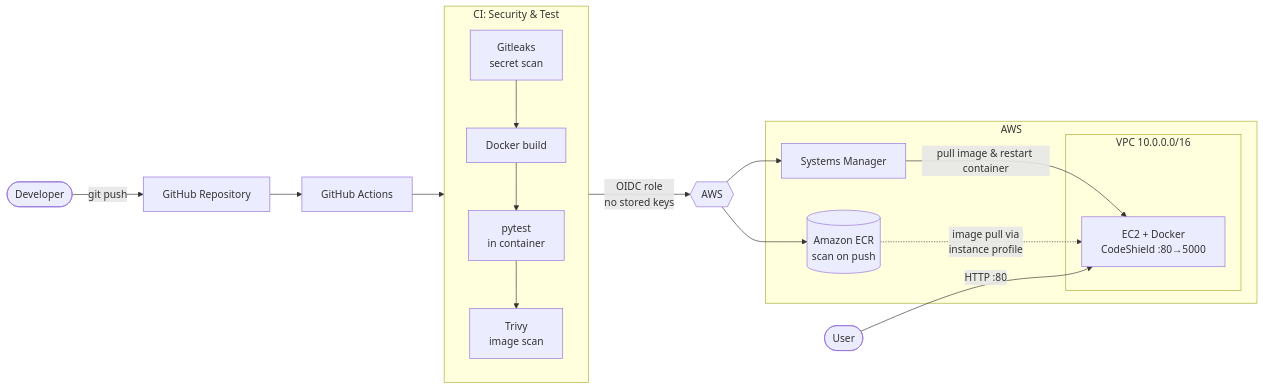
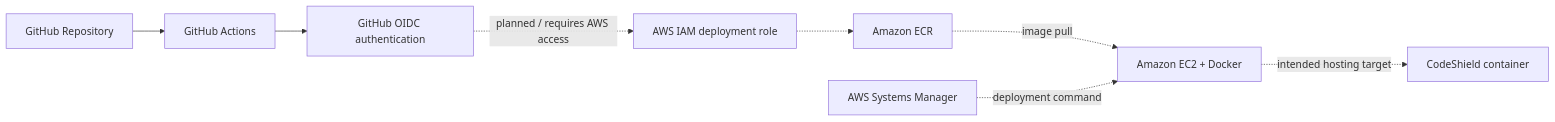
The second of 2 diagrams in README.md (arunava-12/CodeShield), drawn with Mermaid before and after one commit. The commit also changed other lines of this file and 3 other files, not shown here.

Commit message:
Add quick start guide for CodeShield in run.txt

````diff
--- a/README.md
+++ b/README.md
@@ -48,29 +92,10 @@
 ```mermaid
 flowchart LR
-    Dev([Developer]) -->|git push| GH[GitHub Repository]
-    GH --> GHA[GitHub Actions]
-
-    subgraph CI [CI: Security & Test]
-        direction TB
-        S1[Gitleaks<br/>secret scan] --> S2[Docker build]
-        S2 --> S3[pytest<br/>in container]
-        S3 --> S4[Trivy<br/>image scan]
-    end
-
-    GHA --> CI
-    CI -->|OIDC role<br/>no stored keys| AWS{{AWS}}
-
-    subgraph AWS_ [AWS]
-        ECR[(Amazon ECR<br/>scan on push)]
-        SSM[Systems Manager]
-        subgraph VPC [VPC 10.0.0.0/16]
-            EC2[EC2 + Docker<br/>CodeShield :80→5000]
-        end
-    end
-
-    AWS --> ECR
-    AWS --> SSM
-    SSM -->|pull image & restart container| EC2
-    ECR -.->|image pull via<br/>instance profile| EC2
-    User([User]) -->|HTTP :80| EC2
+    Repo[GitHub Repository] --> GHA[GitHub Actions]
+    GHA --> OIDC[GitHub OIDC authentication]
+    OIDC -. planned / requires AWS access .-> IAM[AWS IAM deployment role]
+    IAM -.-> ECR[Amazon ECR]
+    ECR -. image pull .-> EC2[Amazon EC2 + Docker]
+    SSM[AWS Systems Manager] -. deployment command .-> EC2
+    EC2 -. intended hosting target .-> App[CodeShield container]
 ```
````
